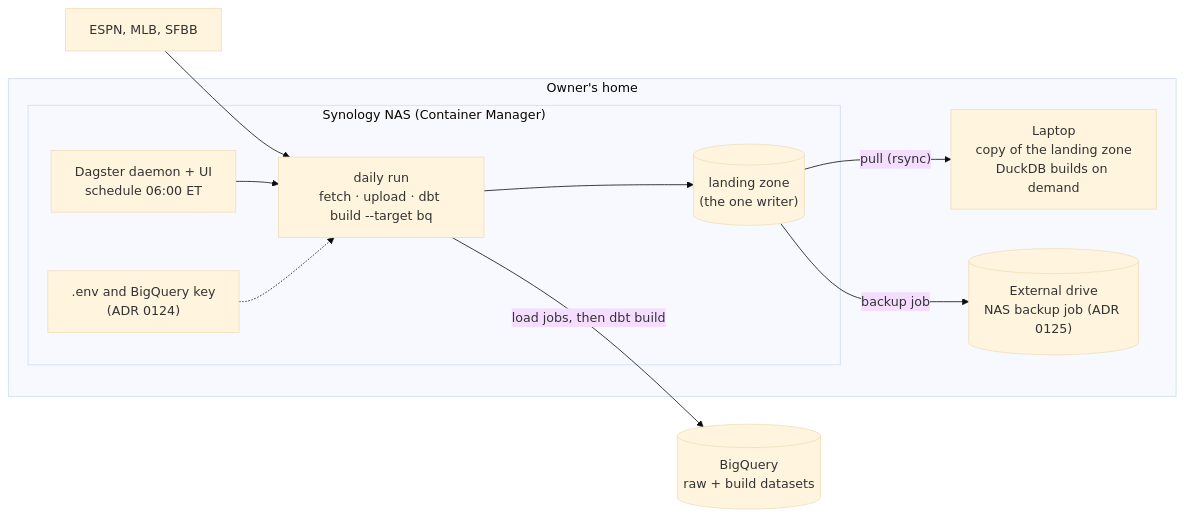
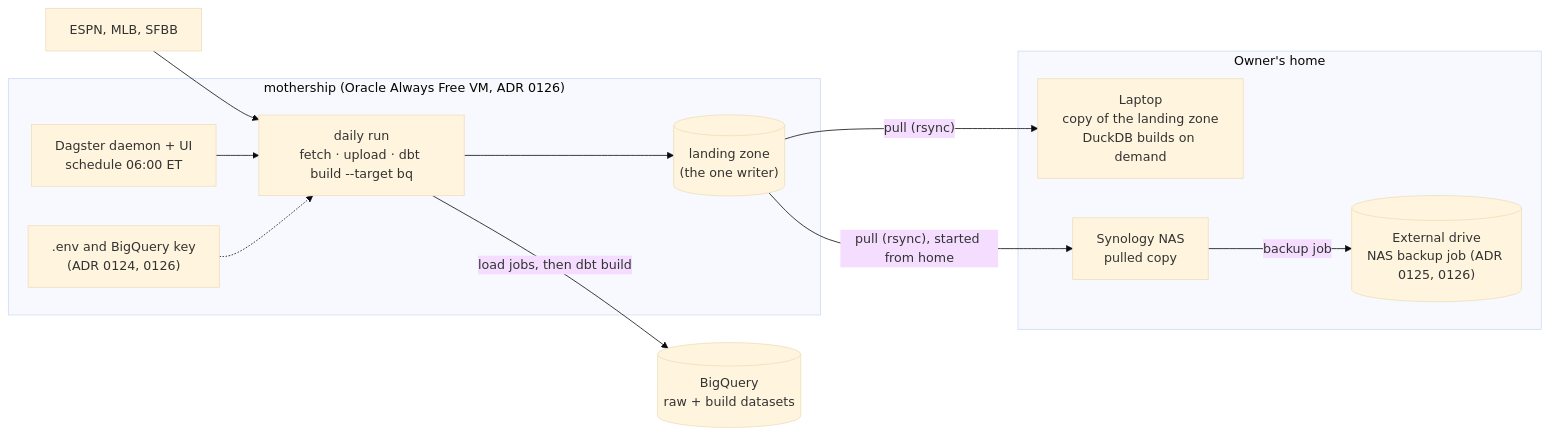
The diagram in docs/specs/0216-where-the-daily-run-runs/design.md (nick-socci/front-office), drawn with Mermaid (base theme) before and after one commit. The commit also changed other lines of this file and 2 other files, not shown here.

First line of the commit message:
Address review round 1: carry ADR 0126 through R1.1, R5.3, R6.4, task 7 and the design overview (#224 review)

````diff
--- a/docs/specs/0216-where-the-daily-run-runs/design.md
+++ b/docs/specs/0216-where-the-daily-run-runs/design.md
@@ -23,20 +28,22 @@
 ```mermaid
 flowchart LR
+  subgraph oracle["mothership (Oracle Always Free VM, ADR 0126)"]
+    dag["Dagster daemon + UI<br/>schedule 06:00 ET"]
+    run["daily run<br/>fetch · upload · dbt build --target bq"]
+    lz[("landing zone<br/>(the one writer)")]
+    env[".env and BigQuery key<br/>(ADR 0124, 0126)"]
+  end
   subgraph home["Owner's home"]
-    subgraph nas["Synology NAS (Container Manager)"]
-      dag["Dagster daemon + UI<br/>schedule 06:00 ET"]
-      run["daily run<br/>fetch · upload · dbt build --target bq"]
-      lz[("landing zone<br/>(the one writer)")]
-      env[".env and BigQuery key<br/>(ADR 0124)"]
-    end
     laptop["Laptop<br/>copy of the landing zone<br/>DuckDB builds on demand"]
-    usb[("External drive<br/>NAS backup job (ADR 0125)")]
+    nas["Synology NAS<br/>pulled copy"]
+    usb[("External drive<br/>NAS backup job (ADR 0125, 0126)")]
   end
-  lz -- "backup job" --> usb
+  nas -- "backup job" --> usb
   espn["ESPN, MLB, SFBB"] --> run
   dag --> run
   env -.-> run
   run --> lz
+  lz -- "pull (rsync), started from home" --> nas
   lz -- "pull (rsync)" --> laptop
   run -- "load jobs, then dbt build" --> bq[("BigQuery<br/>raw + build datasets")]
 ```
````
